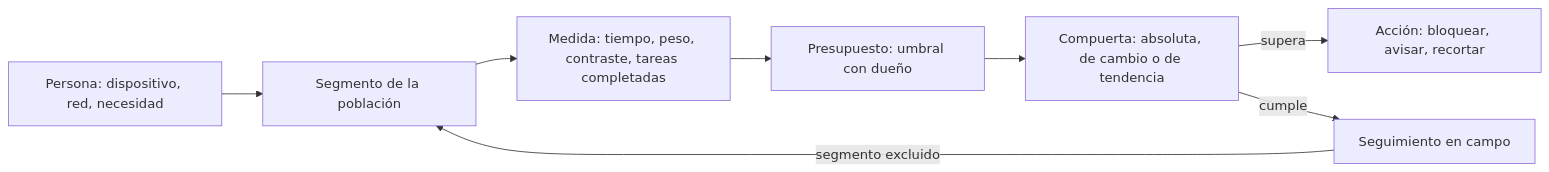
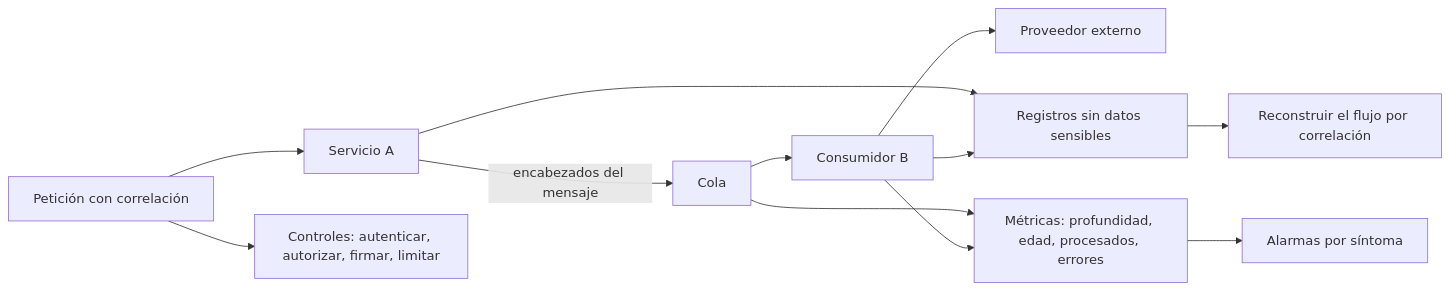
Before and after one commit to vladimiracunadev-create/modern-software-engineering-program: the diagram in content/part-31/SE-382.md, drawn with Mermaid. The commit also changed other lines of this file and 5193 other files, not shown here.

````diff
--- a/content/part-31/SE-382.md
+++ b/content/part-31/SE-382.md
@@ -55,10 +55,14 @@
 ```mermaid
 flowchart LR
-    A[Persona: dispositivo, red, necesidad] --> B[Segmento de la población]
-    B --> C[Medida: tiempo, peso, contraste, tareas completadas]
-    C --> D[Presupuesto: umbral con dueño]
-    D --> E[Compuerta: absoluta, de cambio o de tendencia]
-    E -->|supera| F[Acción: bloquear, avisar, recortar]
-    E -->|cumple| G[Seguimiento en campo]
-    G -->|segmento excluido| B
+    A[Petición con correlación] --> B[Servicio A]
+    B -->|encabezados del mensaje| C[Cola]
+    C --> D[Consumidor B]
+    D --> E[Proveedor externo]
+    B --> F[Registros sin datos sensibles]
+    D --> F
+    C --> G[Métricas: profundidad, edad, procesados, errores]
+    D --> G
+    F --> H[Reconstruir el flujo por correlación]
+    G --> I[Alarmas por síntoma]
+    A --> J[Controles: autenticar, autorizar, firmar, limitar]
 ```
````
